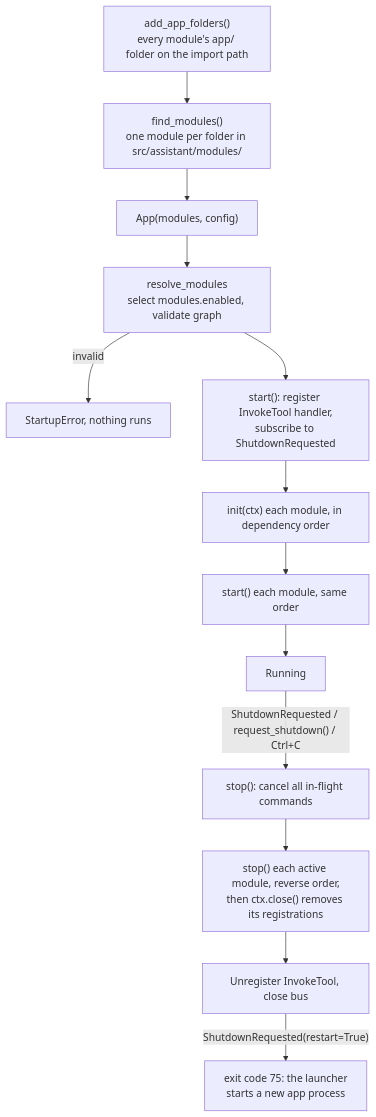
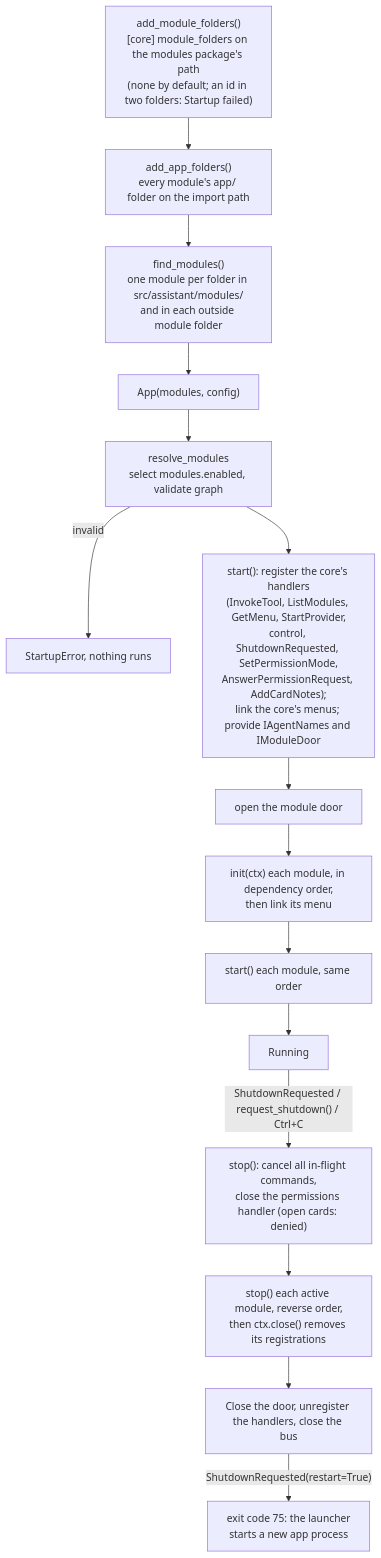
Before and after one commit to sharramon/AI_Assistant: the second of 4 diagrams in docs/architecture/core.md, drawn with Mermaid. The commit also changed other lines of this file and 84 other files, not shown here.

Commit message:
Architecture docs audit: pages checked against the code; seven new SVGs replace the six stale ones; the README bird's-eye; API pages; links to deleted notes fixed; the audit note

````diff
--- a/docs/architecture/core.md
+++ b/docs/architecture/core.md
@@ -142,15 +196,17 @@
 ```mermaid
 flowchart TD
+    M["add_module_folders()<br/>[core] module_folders on the modules package's path<br/>(none by default; an id in two folders: Startup failed)"] --> P
     P["add_app_folders()<br/>every module's app/ folder on the import path"] --> S
-    S["find_modules()<br/>one module per folder in src/assistant/modules/"] --> A["App(modules, config)"]
+    S["find_modules()<br/>one module per folder in src/assistant/modules/<br/>and in each outside module folder"] --> A["App(modules, config)"]
     A --> B["resolve_modules<br/>select modules.enabled, validate graph"]
     B -- invalid --> X[StartupError, nothing runs]
-    B --> C["start(): register InvokeTool handler,<br/>subscribe to ShutdownRequested"]
-    C --> D["init(ctx) each module, in dependency order"]
+    B --> C["start(): register the core's handlers<br/>(InvokeTool, ListModules, GetMenu, StartProvider,<br/>control, ShutdownRequested, SetPermissionMode,<br/>AnswerPermissionRequest, AddCardNotes);<br/>link the core's menus; provide IAgentNames and IModuleDoor"]
+    C --> O["open the module door"]
+    O --> D["init(ctx) each module, in dependency order,<br/>then link its menu"]
     D --> E["start() each module, same order"]
     E --> F[Running]
-    F -- "ShutdownRequested / request_shutdown() / Ctrl+C" --> G["stop(): cancel all in-flight commands"]
+    F -- "ShutdownRequested / request_shutdown() / Ctrl+C" --> G["stop(): cancel all in-flight commands,<br/>close the permissions handler (open cards: denied)"]
     G --> H["stop() each active module, reverse order,<br/>then ctx.close() removes its registrations"]
-    H --> I[Unregister InvokeTool, close bus]
+    H --> I[Close the door, unregister the handlers, close the bus]
     I -- "ShutdownRequested(restart=True)" --> R["exit code 75: the launcher<br/>starts a new app process"]
 ```
````
